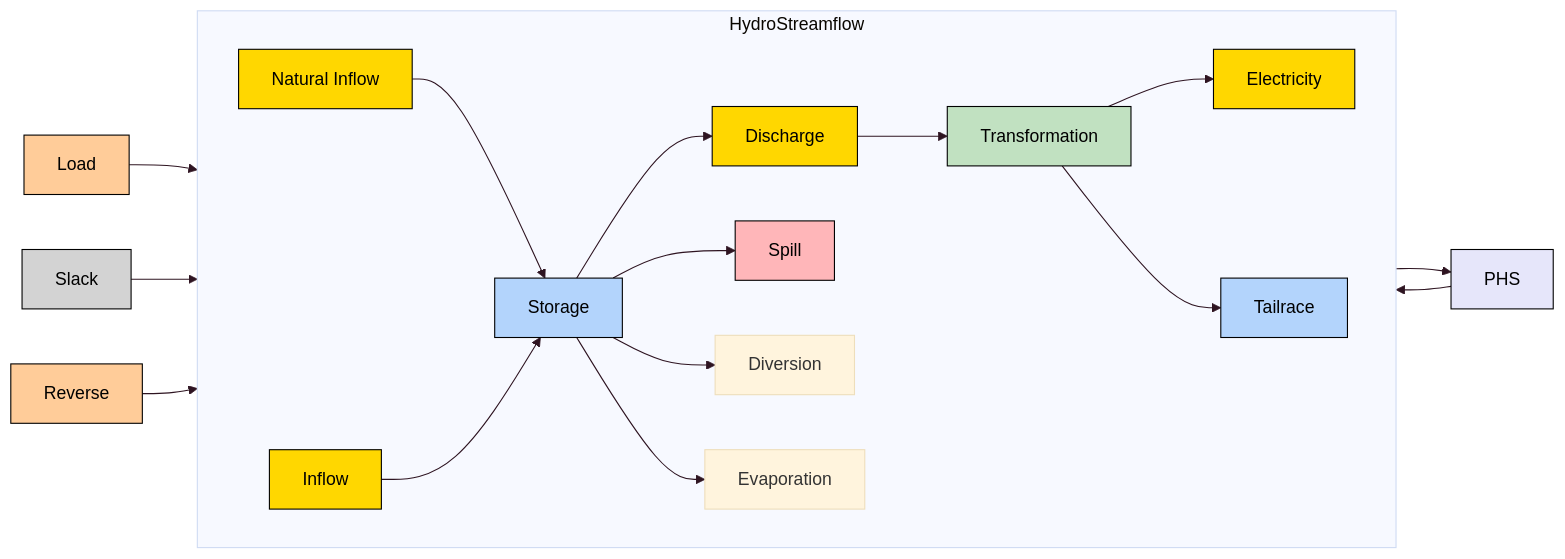
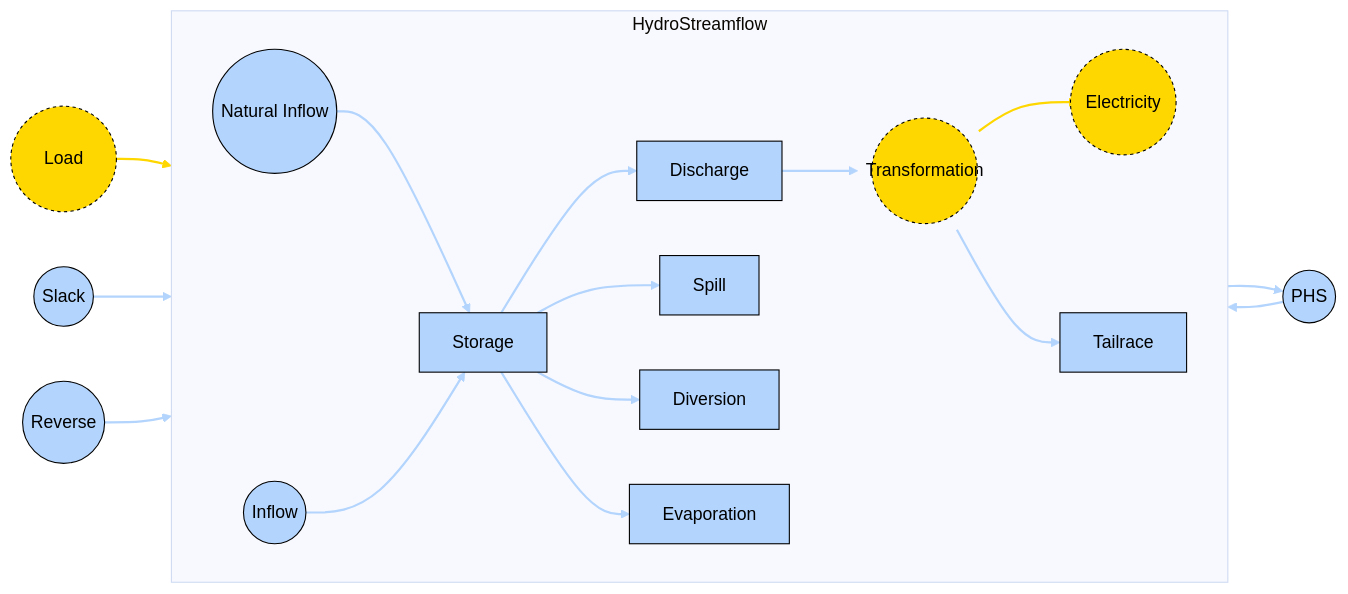
Before and after one commit to clamayag/MacroEnergy.jl: the diagram in docs/src/Manual/assets/hydrostreamflow.md, drawn with Mermaid.

````diff
--- a/docs/src/Manual/assets/hydrostreamflow.md
+++ b/docs/src/Manual/assets/hydrostreamflow.md
@@ -32,35 +32,52 @@
 ```mermaid
 %%{init: {'theme': 'base', 'themeVariables': { 'background': '#D1EBDE' }}}%%
 flowchart LR
   subgraph HydroStreamflow
     direction LR
-    NI[Natural Inflow] --> S[Storage]
-    IF[Inflow] --> S
+    NI((Natural Inflow)) --> S[Storage]
+    IF((Inflow)) --> S
     S --> D[Discharge]
     S --> SP[Spill]
     S --> DV[Diversion]
     S --> EV[Evaporation]
-    D --> T[Transformation]
-    T --> G[Electricity]
+    D --> T((Transformation))
+    T --> G((Electricity))
     T --> TR[Tailrace]
   end
 
-  PHS[PHS] --> S
+  PHS((PHS)) --> S
   S --> PHS
-  L[Load] --> T
-  SL[Slack] --> S
-  RV[Reverse] --> T
+  L((Load)) --> T
+  SL((Slack)) --> S
+  RV((Reverse)) --> T
 
-  style NI fill:#FFD700,stroke:black,color:black
-  style IF fill:#FFD700,stroke:black,color:black
+  style NI fill:#B3D4FC,stroke:black,color:black
+  style IF fill:#B3D4FC,stroke:black,color:black
   style S fill:#B3D4FC,stroke:black,color:black
-  style D fill:#FFD700,stroke:black,color:black
-  style SP fill:#FFB6B9,stroke:black,color:black
-  style T fill:#C1E1C1,stroke:black,color:black
-  style G fill:#FFD700,stroke:black,color:black
+  style D fill:#B3D4FC,stroke:black,color:black
+  style SP fill:#B3D4FC,stroke:black,color:black
+  style DV fill:#B3D4FC,stroke:black,color:black
+  style EV fill:#B3D4FC,stroke:black,color:black
+  style PHS fill:#B3D4FC,stroke:black,color:black
   style TR fill:#B3D4FC,stroke:black,color:black
-  style PHS fill:#E6E6FA,stroke:black,color:black
-  style L fill:#FFCC99,stroke:black,color:black
-  style RV fill:#FFCC99,stroke:black,color:black
-  style SL fill:#D3D3D3,stroke:black,color:black
+  style T r:48px,fill:#FFD700,stroke:black,color:black,stroke-dasharray: 3,5;
+  style G r:48px,fill:#FFD700,stroke:black,color:black,stroke-dasharray: 3,5;
+  style L r:48px,fill:#FFD700,stroke:black,color:black,stroke-dasharray: 3,5;
+  style SL fill:#B3D4FC,stroke:black,color:black
+  style RV fill:#B3D4FC,stroke:black,color:black
+
+  linkStyle 0 stroke:#B3D4FC, stroke-width: 2px;
+  linkStyle 1 stroke:#B3D4FC, stroke-width: 2px;
+  linkStyle 2 stroke:#B3D4FC, stroke-width: 2px;
+  linkStyle 3 stroke:#B3D4FC, stroke-width: 2px;
+  linkStyle 4 stroke:#B3D4FC, stroke-width: 2px;
+  linkStyle 5 stroke:#B3D4FC, stroke-width: 2px;
+  linkStyle 6 stroke:#B3D4FC, stroke-width: 2px;
+  linkStyle 7 stroke:#FFD700, stroke-width: 2px;
+  linkStyle 8 stroke:#B3D4FC, stroke-width: 2px;
+  linkStyle 9 stroke:#B3D4FC, stroke-width: 2px;
+  linkStyle 10 stroke:#B3D4FC, stroke-width: 2px;
+  linkStyle 11 stroke:#FFD700, stroke-width: 2px;
+  linkStyle 12 stroke:#B3D4FC, stroke-width: 2px;
+  linkStyle 13 stroke:#B3D4FC, stroke-width: 2px;
 ```
````
